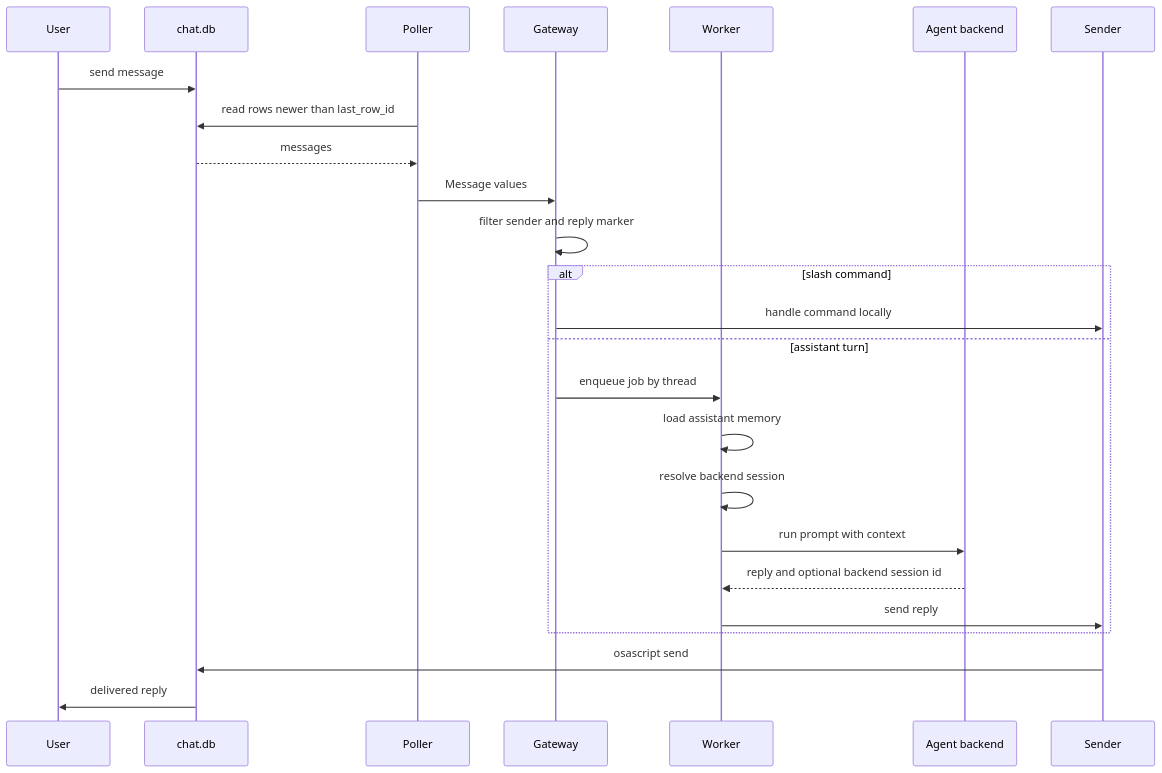
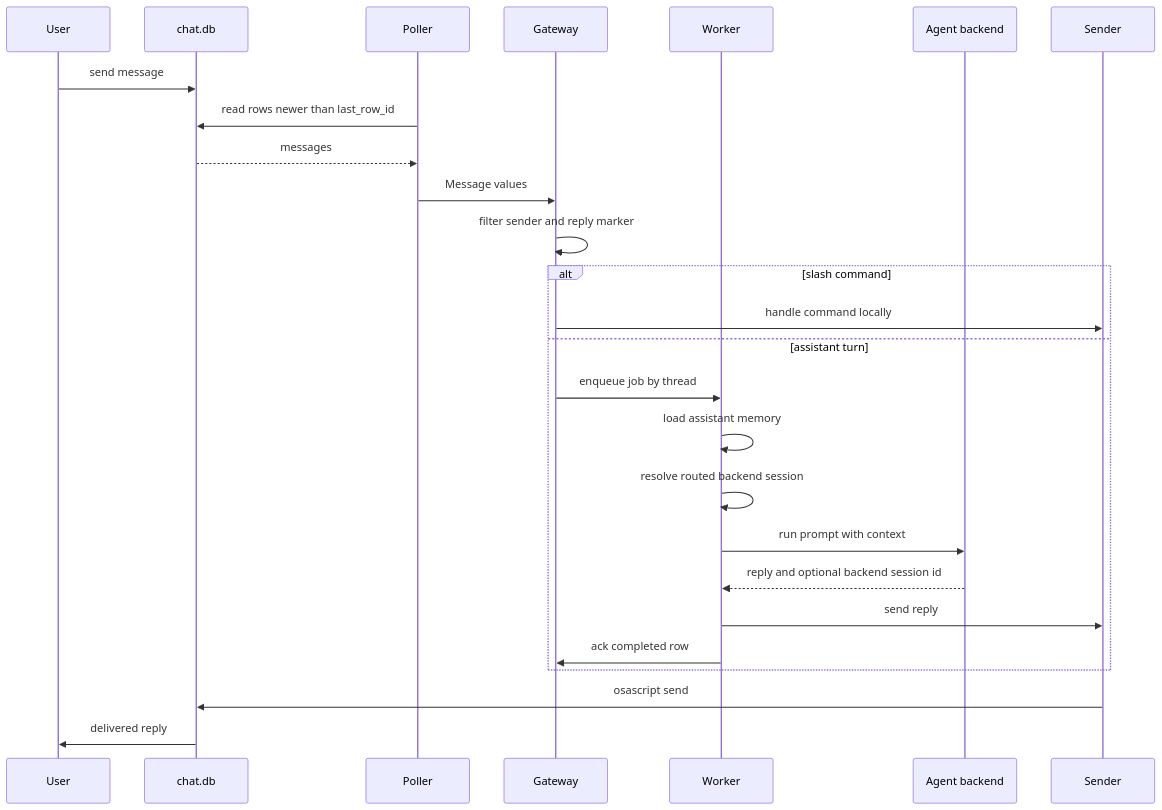
One commit to edheltzel/Relay changed the second of 2 diagrams in docs/architecture.md. Above: the diagram before and after it, drawn with Mermaid. The commit also changed other lines of this file and 13 other files, not shown here.

````diff
--- a/docs/architecture.md
+++ b/docs/architecture.md
@@ -75,28 +75,29 @@
 ```mermaid
 sequenceDiagram
     participant U as User
     participant DB as chat.db
     participant P as Poller
     participant G as Gateway
     participant W as Worker
     participant A as Agent backend
     participant S as Sender
 
     U->>DB: send message
     P->>DB: read rows newer than last_row_id
     DB-->>P: messages
     P->>G: Message values
     G->>G: filter sender and reply marker
     alt slash command
         G->>S: handle command locally
     else assistant turn
         G->>W: enqueue job by thread
         W->>W: load assistant memory
-        W->>W: resolve backend session
+        W->>W: resolve routed backend session
         W->>A: run prompt with context
         A-->>W: reply and optional backend session id
         W->>S: send reply
+        W->>G: ack completed row
     end
     S->>DB: osascript send
     DB->>U: delivered reply
 ```
````
